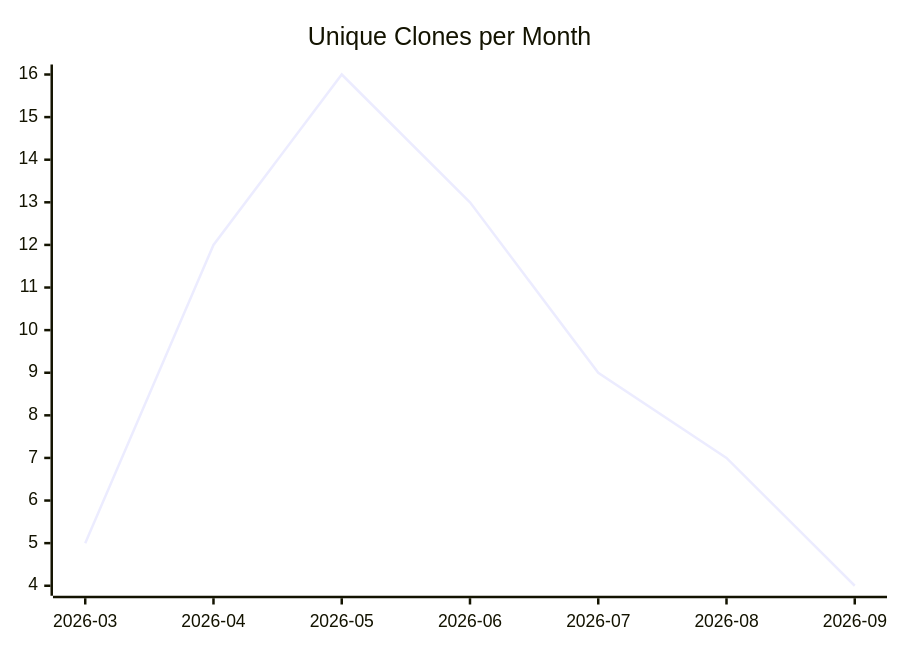
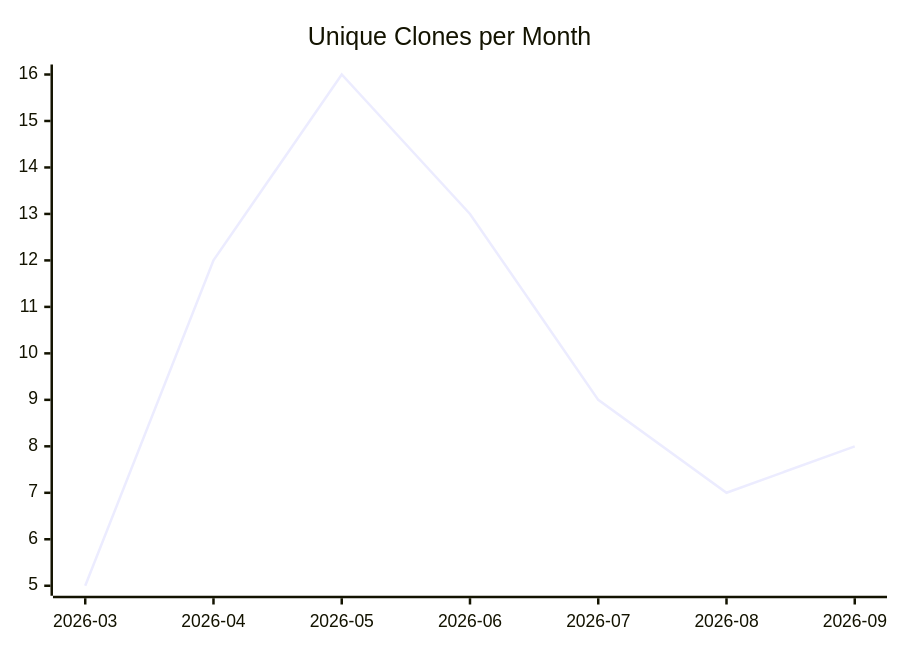
One commit to justdavis-family/github-analytics-data changed the third of 3 diagrams in karlmdavis/justdavis-karl/README.md. Above: the diagram before and after it, drawn with Mermaid. The commit also changed other lines of this file and 191 other files, not shown here.

````diff
--- a/karlmdavis/justdavis-karl/README.md
+++ b/karlmdavis/justdavis-karl/README.md
@@ -19,6 +19,6 @@
 ```mermaid
 xychart-beta
   title "Unique Clones per Month"
   x-axis ["2026-03", "2026-04", "2026-05", "2026-06", "2026-07", "2026-08", "2026-09"]
-  line [5, 12, 16, 13, 9, 7, 4]
+  line [5, 12, 16, 13, 9, 7, 8]
 ```
````
